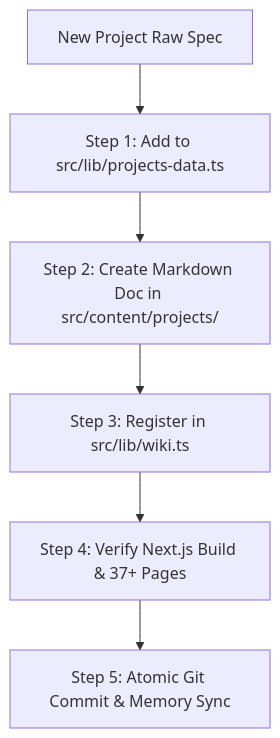
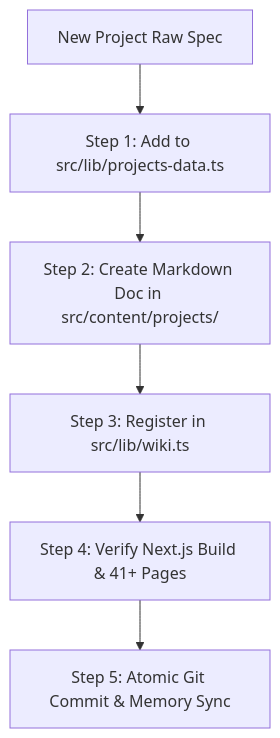
Before and after one commit to alimkhalelov/personal-website-telos: the diagram in .agents/skills/showcase-project-builder/SKILL.md, drawn with Mermaid. The commit also changed other lines of this file and 4 other files, not shown here.

````diff
--- a/.agents/skills/showcase-project-builder/SKILL.md
+++ b/.agents/skills/showcase-project-builder/SKILL.md
@@ -63,8 +82,8 @@
 ```mermaid
 graph TD
   A[New Project Raw Spec] --> B[Step 1: Add to src/lib/projects-data.ts]
   B --> C[Step 2: Create Markdown Doc in src/content/projects/]
   C --> D[Step 3: Register in src/lib/wiki.ts]
-  D --> E[Step 4: Verify Next.js Build & 37+ Pages]
+  D --> E[Step 4: Verify Next.js Build & 41+ Pages]
   E --> F[Step 5: Atomic Git Commit & Memory Sync]
 ```
````
